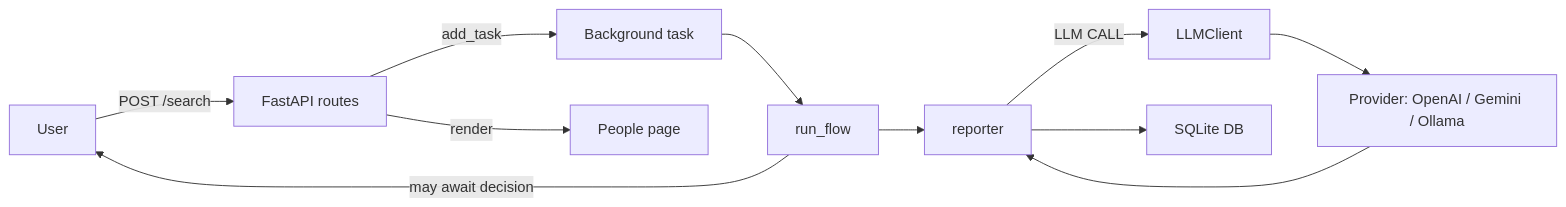
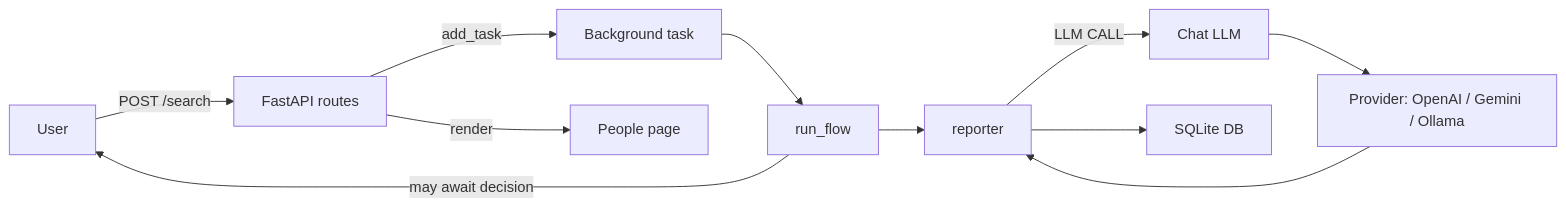
Before and after one commit to kryadov/search4people: the second of 2 diagrams in README.md, drawn with Mermaid. The commit also changed other lines of this file and 5 other files, not shown here.

````diff
--- a/README.md
+++ b/README.md
@@ -38,13 +38,13 @@
 ```mermaid
 flowchart LR
     U[User] -->|POST /search| FE[FastAPI routes]
     FE -->|add_task| BG[Background task]
     BG --> F[run_flow]
     F -->|may await decision| U
     F --> R[reporter]
-    R -->|LLM CALL| L[LLMClient]
+    R -->|LLM CALL| L[Chat LLM]
     L --> P[Provider: OpenAI / Gemini / Ollama]
     P --> R
     R --> DB[SQLite DB]
     FE -->|render| UI[People page]
 ```
````
